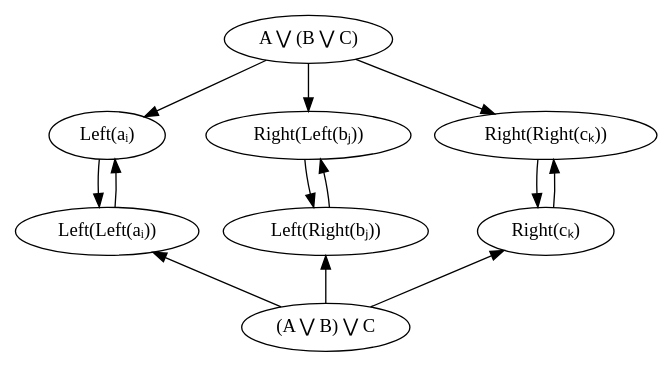
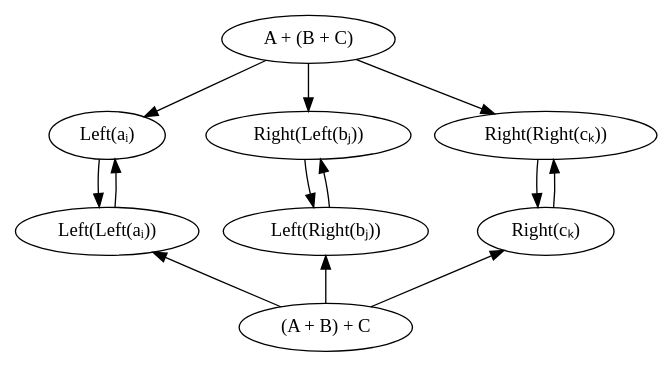
The diagram in src/graphviz/a_or_b_or_c.dot (nrinaudo/far-more-adt), drawn with Graphviz before and after one commit. The commit also changed 59 other files, not shown here.

```diff
--- a/src/graphviz/a_or_b_or_c.dot
+++ b/src/graphviz/a_or_b_or_c.dot
@@ -1,26 +1,26 @@
 digraph {
-    LeftAssoc[label="A ⋁ (B ⋁ C)"]
+    LeftAssoc[label="A + (B + C)"]
     LeftA[label="Left(aᵢ)" class="value"]
     RightLeftB[label="Right(Left(bⱼ))" class="value"]
     RightRightC[label="Right(Right(cₖ))" class="value"]
 
     LeftAssoc -> LeftA
     LeftAssoc -> RightLeftB
     LeftAssoc -> RightRightC
 
-    RightAssoc[label="(A ⋁ B) ⋁ C"]
+    RightAssoc[label="(A + B) + C"]
     LeftLeftA[label="Left(Left(aᵢ))" class="value"]
     LeftRightB[label="Left(Right(bⱼ))" class="value"]
     RightC[label="Right(cₖ)" class="value"]
 
     LeftLeftA -> RightAssoc[dir=back]
     LeftRightB -> RightAssoc[dir=back]
     RightC -> RightAssoc[dir=back]
 
     LeftA -> LeftLeftA
     RightLeftB -> LeftRightB
     RightRightC -> RightC
     LeftLeftA -> LeftA
     LeftRightB -> RightLeftB
     RightC -> RightRightC
 }
```
